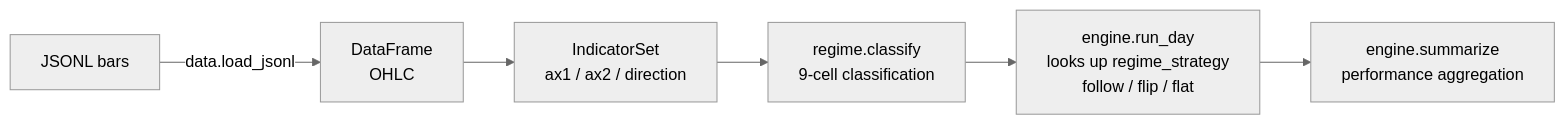
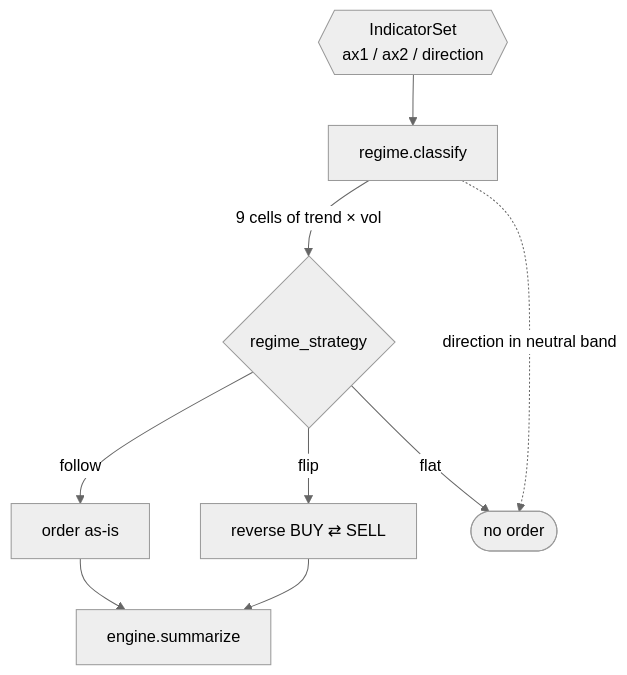
One commit to yktsnet/bt-dynamic changed the diagram in README.en.md. Above: the diagram before and after it, drawn with Mermaid (neutral theme). The commit also changed other lines of this file and 1 other file, not shown here.

Commit message:
docs(readme): diagram the regime decision instead of the pipeline
このリポの中核である「9セルを引いて follow / flip / flat を決める」判断が
一直線のパイプライン図の中で1ノードに潰れていたため、主題を差し替える。
向きも TD にして GitHub 上での縮小を避ける。

````diff
--- a/README.en.md
+++ b/README.en.md
@@ -41,8 +43,11 @@
 ```mermaid
-flowchart LR
-    A[JSONL bars] -->|data.load_jsonl| B[DataFrame\nOHLC]
-    B --> C["IndicatorSet\nax1 / ax2 / direction"]
-    C --> D["regime.classify\n9-cell classification"]
-    D --> E["engine.run_day\nlooks up regime_strategy\nfollow / flip / flat"]
-    E --> F["engine.summarize\nperformance aggregation"]
+flowchart TD
+    IND{{"IndicatorSet<br/>ax1 / ax2 / direction"}} --> CLS["regime.classify"]
+    CLS -->|"9 cells of trend × vol"| CELL{"regime_strategy"}
+    CELL -->|"follow"| KEEP["order as-is"]
+    CELL -->|"flip"| REV["reverse BUY ⇄ SELL"]
+    CELL -->|"flat"| NONE(["no order"])
+    CLS -.->|"direction in neutral band"| NONE
+    KEEP --> SUM["engine.summarize"]
+    REV --> SUM
 ```
````
